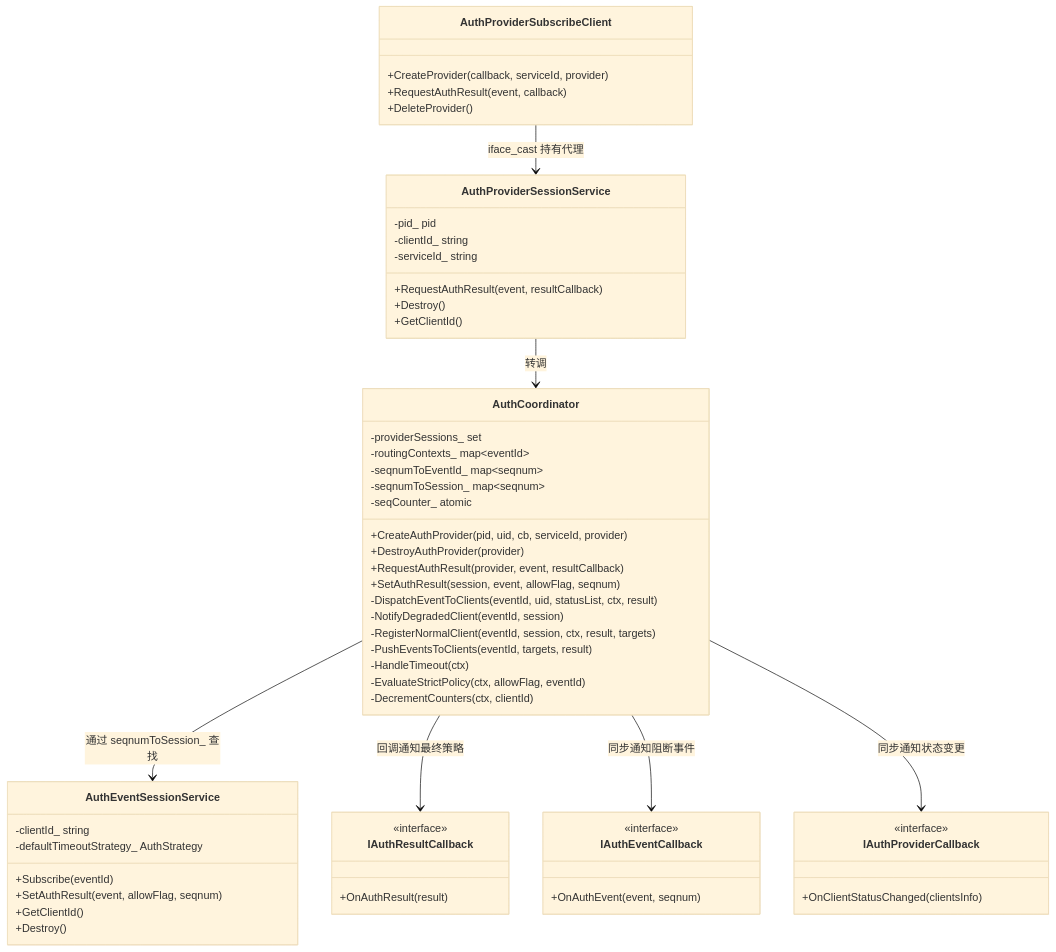
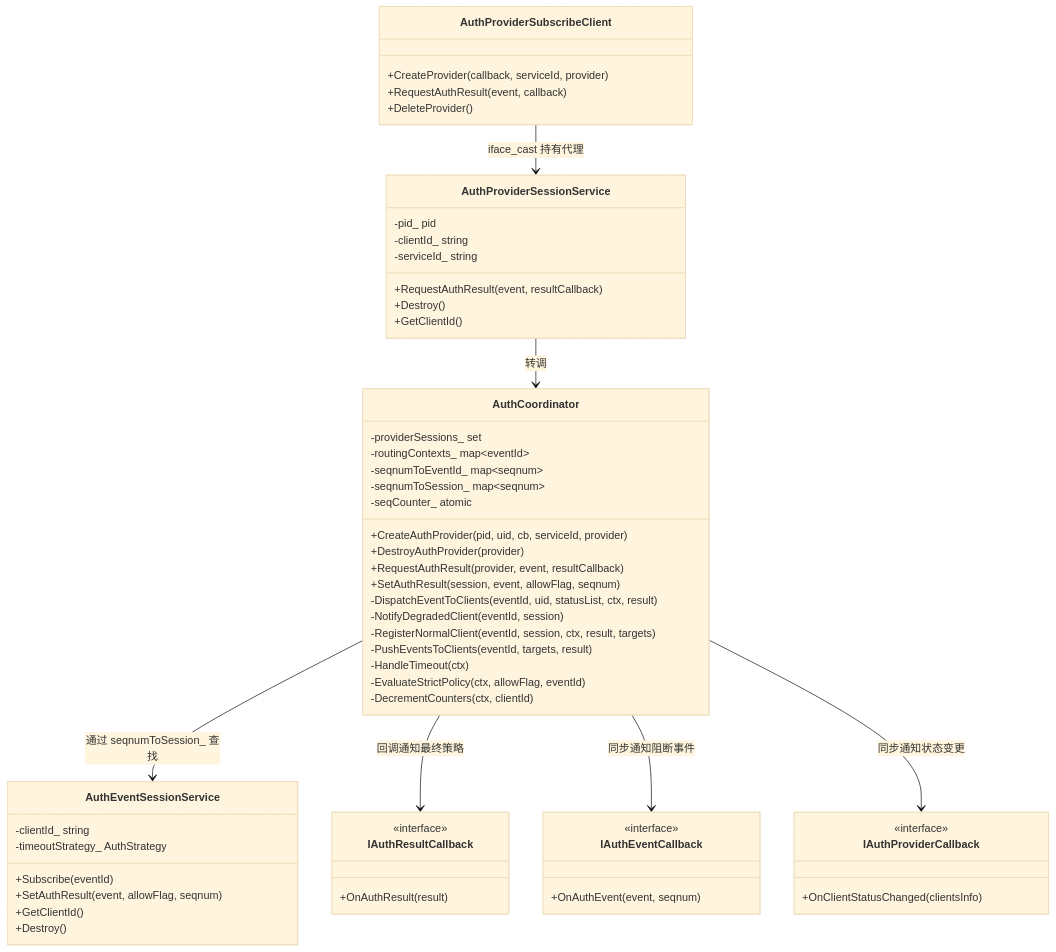
One commit to eclipse-oniro-mirrors/security_security_guard changed the first of 10 diagrams in .sdd/SR-20260806903302/design-doc.md. Above: the diagram before and after it, drawn with Mermaid (base theme). The commit also changed other lines of this file, not shown here.

Commit message:
docs: update design docs for timeoutAllowFlag revert

````diff
--- a/.sdd/SR-20260806903302/design-doc.md
+++ b/.sdd/SR-20260806903302/design-doc.md
@@ -43,67 +43,67 @@
 ```mermaid
 classDiagram
     class AuthProviderSubscribeClient {
         +CreateProvider(callback, serviceId, provider)
         +RequestAuthResult(event, callback)
         +DeleteProvider()
     }
 
     class AuthProviderSessionService {
         -pid_ pid
         -clientId_ string
         -serviceId_ string
         +RequestAuthResult(event, resultCallback)
         +Destroy()
         +GetClientId()
     }
 
     class AuthCoordinator {
         -providerSessions_ set
         -routingContexts_ map~eventId~
         -seqnumToEventId_ map~seqnum~
         -seqnumToSession_ map~seqnum~
         -seqCounter_ atomic
         +CreateAuthProvider(pid, uid, cb, serviceId, provider)
         +DestroyAuthProvider(provider)
         +RequestAuthResult(provider, event, resultCallback)
         +SetAuthResult(session, event, allowFlag, seqnum)
         -DispatchEventToClients(eventId, uid, statusList, ctx, result)
         -NotifyDegradedClient(eventId, session)
         -RegisterNormalClient(eventId, session, ctx, result, targets)
         -PushEventsToClients(eventId, targets, result)
         -HandleTimeout(ctx)
         -EvaluateStrictPolicy(ctx, allowFlag, eventId)
         -DecrementCounters(ctx, clientId)
     }
 
     class AuthEventSessionService {
         -clientId_ string
-        -defaultTimeoutStrategy_ AuthStrategy
+        -timeoutStrategy_ AuthStrategy
         +Subscribe(eventId)
         +SetAuthResult(event, allowFlag, seqnum)
         +GetClientId()
         +Destroy()
     }
 
     class IAuthResultCallback {
         <<interface>>
         +OnAuthResult(result)
     }
 
     class IAuthEventCallback {
         <<interface>>
         +OnAuthEvent(event, seqnum)
     }
 
     class IAuthProviderCallback {
         <<interface>>
         +OnClientStatusChanged(clientsInfo)
     }
 
     AuthProviderSubscribeClient --> AuthProviderSessionService : iface_cast 持有代理
     AuthProviderSessionService --> AuthCoordinator : 转调
     AuthCoordinator --> AuthEventSessionService : 通过 seqnumToSession_ 查找
     AuthCoordinator --> IAuthResultCallback : 回调通知最终策略
     AuthCoordinator --> IAuthEventCallback : 同步通知阻断事件
     AuthCoordinator --> IAuthProviderCallback : 同步通知状态变更
 ```
````
